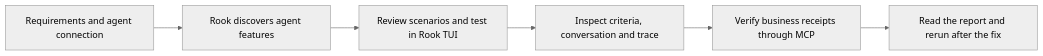
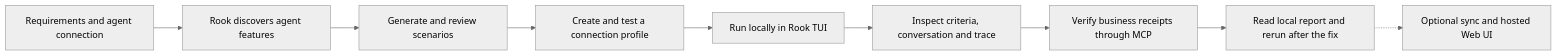
One commit to 4DvAnCeBoY/rook-demo changed the third of 3 diagrams in demos/08-customer-support-no-code/agents-overview.md. Above: the diagram before and after it, drawn with Mermaid (neutral theme). The commit also changed other lines of this file and 106 other files, not shown here.

Commit message:
Rebuild Agent Assurance walkthroughs around local Rook evidence

````diff
--- a/demos/08-customer-support-no-code/agents-overview.md
+++ b/demos/08-customer-support-no-code/agents-overview.md
@@ -57,8 +58,11 @@
 ```mermaid
 flowchart LR
   A["Requirements and agent connection"] --> B["Rook discovers agent features"]
-  B --> C["Review scenarios and test in Rook TUI"]
+  B --> G["Generate and review scenarios"]
+  G --> P["Create and test a connection profile"]
+  P --> C["Run locally in Rook TUI"]
   C --> D["Inspect criteria, conversation and trace"]
   D --> E["Verify business receipts through MCP"]
-  E --> F["Read the report and rerun after the fix"]
+  E --> F["Read local report and rerun after the fix"]
+  F -.-> S["Optional sync and hosted Web UI"]
 ```
````
